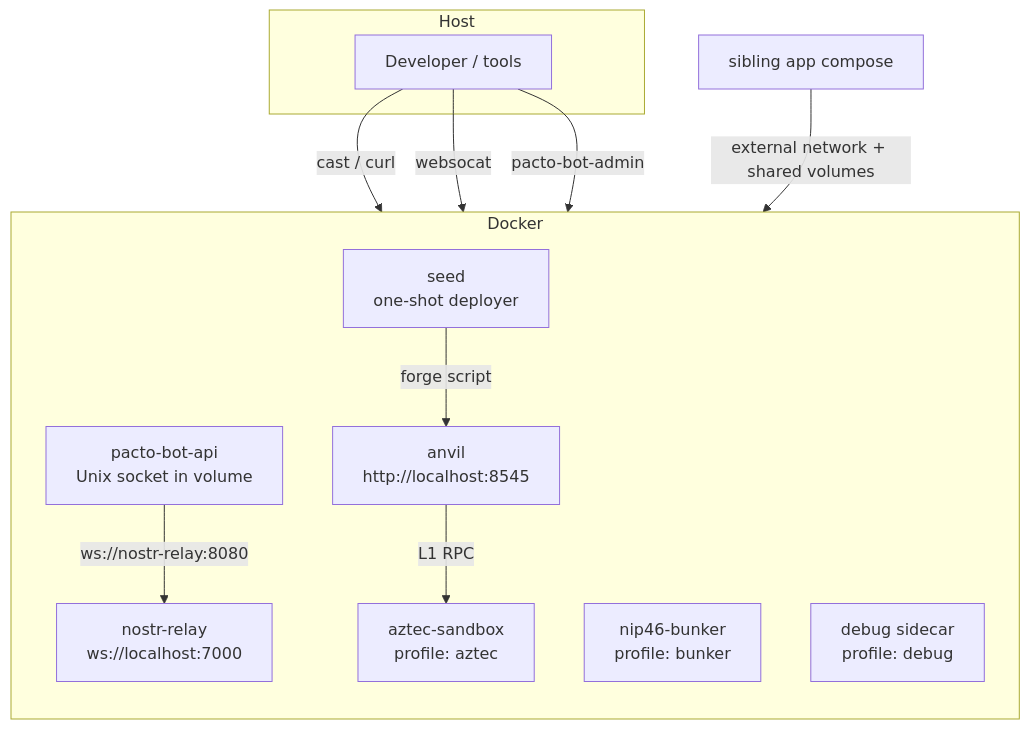
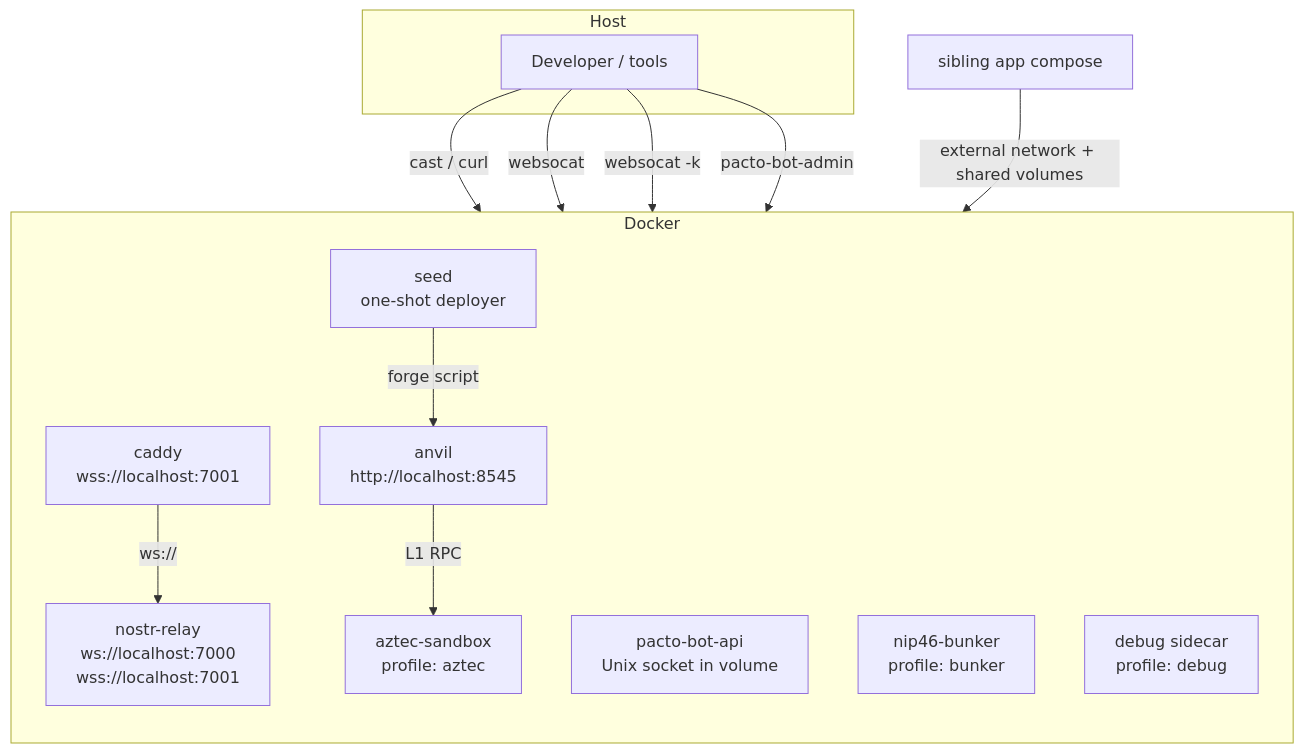
Before and after one commit to covenant-gov/pacto-dev-env: the diagram in ARCHITECTURE.md, drawn with Mermaid. The commit also changed other lines of this file and 4 other files, not shown here.

First line of the commit message:
feat: add Caddy WSS sidecar for nostr-relay

````diff
--- a/ARCHITECTURE.md
+++ b/ARCHITECTURE.md
@@ -26,25 +26,27 @@
 ```mermaid
 graph TD
     subgraph Host
       User[Developer / tools]
     end
 
     subgraph Docker
       direction TB
-      Relay[nostr-relay<br/>ws://localhost:7000]
+      Relay[nostr-relay<br/>ws://localhost:7000<br/>wss://localhost:7001]
+      Caddy[caddy<br/>wss://localhost:7001]
       Anvil[anvil<br/>http://localhost:8545]
       Daemon[pacto-bot-api<br/>Unix socket in volume]
       Seed[seed<br/>one-shot deployer]
       Aztec[aztec-sandbox<br/>profile: aztec]
       Bunker[nip46-bunker<br/>profile: bunker]
       Debug[debug sidecar<br/>profile: debug]
     end
 
     User -->|cast / curl| Anvil
     User -->|websocat| Relay
+    User -->|websocat -k| Caddy
     User -->|pacto-bot-admin| Daemon
     Anvil -->|L1 RPC| Aztec
     Seed -->|forge script| Anvil
-    Daemon -->|ws://nostr-relay:8080| Relay
+    Caddy -->|ws://| Relay
     AppCompose[sibling app compose] -->|external network + shared volumes| Docker
 ```
````
